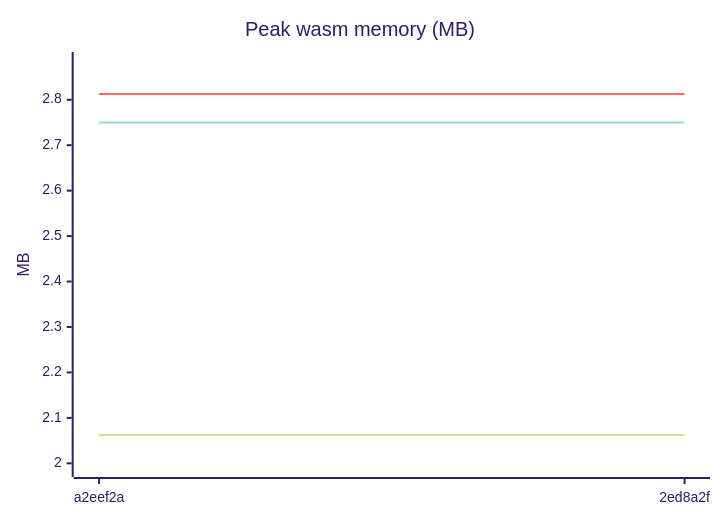
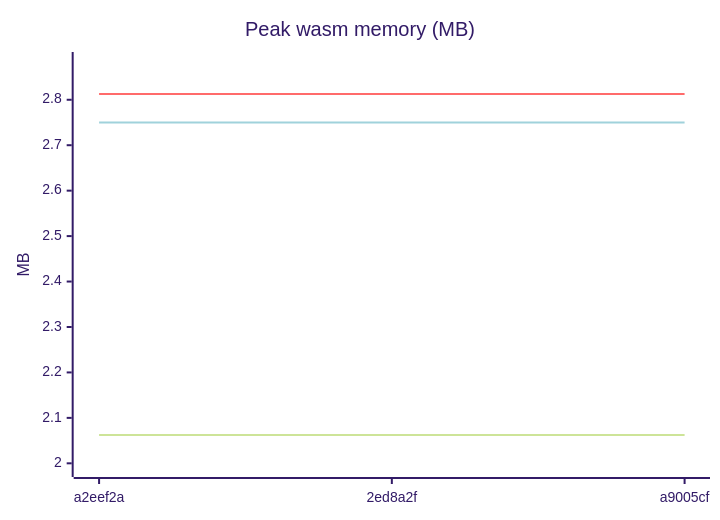
Before and after one commit to Karakatiza666/roc-cloudflare-workers: the seventh of 7 diagrams in CHART.md, drawn with Mermaid (forest theme). The commit also changed other lines of this file and 2 other files, not shown here.

````diff
--- a/CHART.md
+++ b/CHART.md
@@ -85,9 +101,9 @@
 ```mermaid
 xychart-beta
     title "Peak wasm memory (MB)"
-    x-axis ["a2eef2a", "2ed8a2f"]
+    x-axis ["a2eef2a", "2ed8a2f", "a9005cf"]
     y-axis "MB" 1.9875 --> 2.8875
-    line [2.0625, 2.0625]
-    line [2.8125, 2.8125]
-    line [2.75, 2.75]
+    line [2.0625, 2.0625, 2.0625]
+    line [2.8125, 2.8125, 2.8125]
+    line [2.75, 2.75, 2.75]
 ```
````
